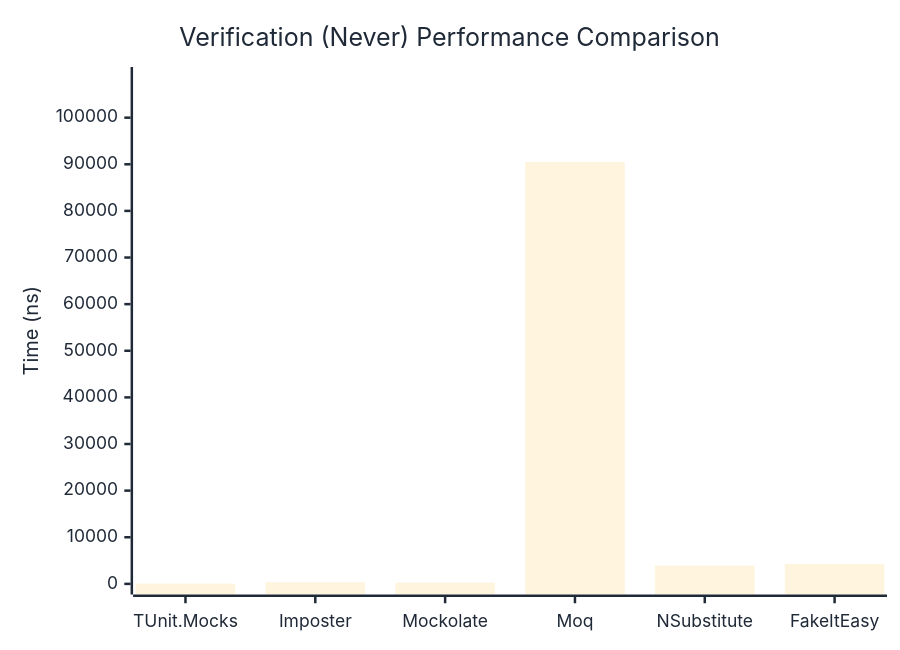
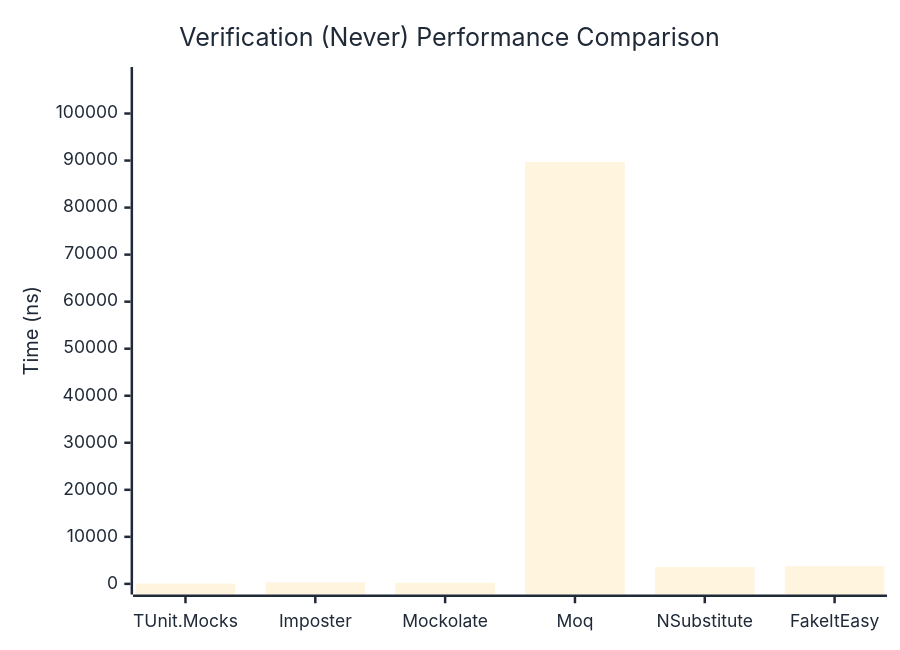
One commit to thomhurst/TUnit changed the second of 3 diagrams in docs/docs/benchmarks/mocks/Verification.md. Above: the diagram before and after it, drawn with Mermaid. The commit also changed other lines of this file and 14 other files, not shown here.

````diff
--- a/docs/docs/benchmarks/mocks/Verification.md
+++ b/docs/docs/benchmarks/mocks/Verification.md
@@ -71,27 +71,27 @@
 ```mermaid
 %%{init: {
   'theme':'base',
   'themeVariables': {
     'primaryColor': '#2563eb',
     'primaryTextColor': '#1f2937',
     'primaryBorderColor': '#1e40af',
     'lineColor': '#6b7280',
     'secondaryColor': '#7c3aed',
     'tertiaryColor': '#dc2626',
     'background': '#ffffff',
     'pie1': '#2563eb',
     'pie2': '#7c3aed',
     'pie3': '#dc2626',
     'pie4': '#f59e0b',
     'pie5': '#10b981',
     'pie6': '#06b6d4',
     'pie7': '#ec4899',
     'pie8': '#6366f1'
   }
 }}%%
 xychart-beta
   title "Verification (Never) Performance Comparison"
   x-axis ["TUnit.Mocks", "Imposter", "Mockolate", "Moq", "NSubstitute", "FakeItEasy"]
-  y-axis "Time (ns)" 0 --> 108588
-  bar [59.66, 360.64, 269.27, 90489.67, 3914.98, 4277.28]
+  y-axis "Time (ns)" 0 --> 107633
+  bar [51.95, 314.5, 227.73, 89693.34, 3598.85, 3766.08]
 ```
````
